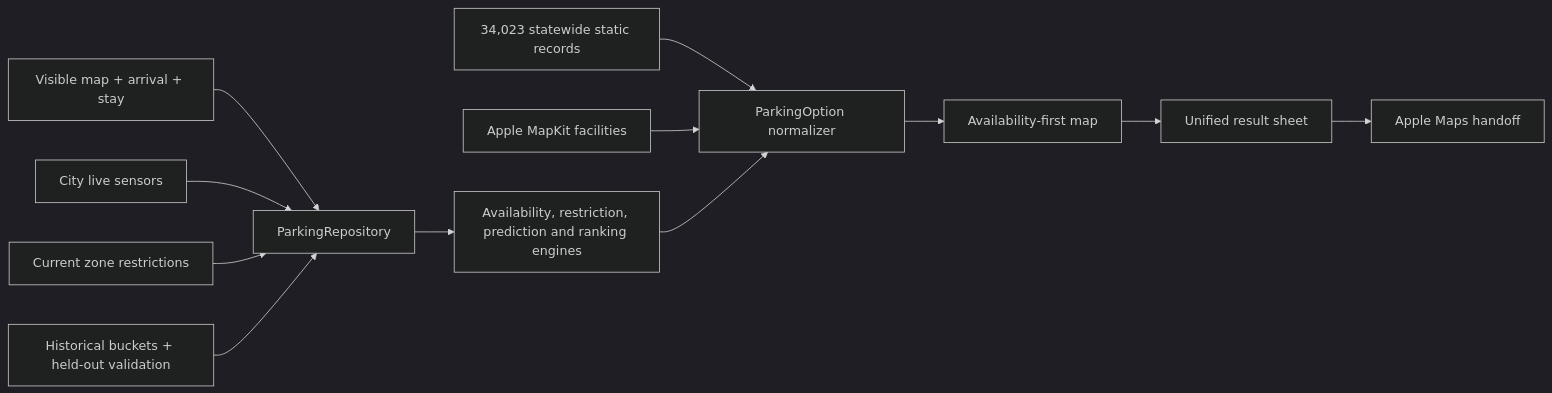
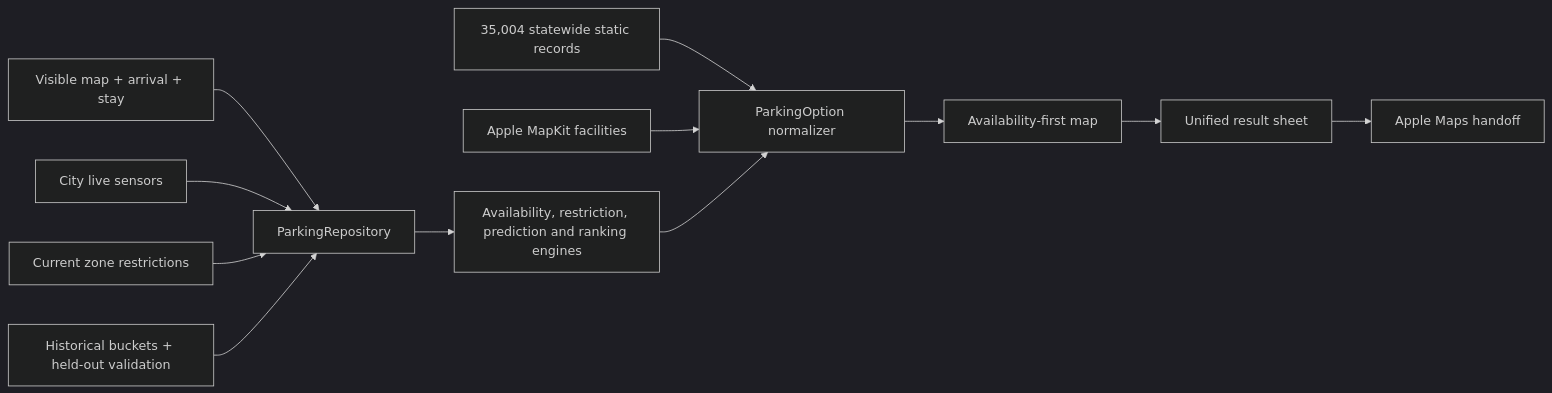
Before and after one commit to OpenRenderKit/ParkAlong: the diagram in README.md, drawn with Mermaid (dark theme). The commit also changed other lines of this file and 17 other files, not shown here.

````diff
--- a/README.md
+++ b/README.md
@@ -79,14 +79,14 @@
 ```mermaid
 flowchart LR
     Destination["Visible map + arrival + stay"] --> Repository["ParkingRepository"]
     Sensors["City live sensors"] --> Repository
     Signs["Current zone restrictions"] --> Repository
     History["Historical buckets + held-out validation"] --> Repository
-    Catalog["34,023 statewide static records"] --> Normalizer
+    Catalog["35,004 statewide static records"] --> Normalizer
     MapKit["Apple MapKit facilities"] --> Normalizer["ParkingOption normalizer"]
     Repository --> Engines["Availability, restriction, prediction and ranking engines"]
     Engines --> Normalizer
     Normalizer --> Map["Availability-first map"]
     Map --> Sheet["Unified result sheet"]
     Sheet --> Maps["Apple Maps handoff"]
 ```
````
